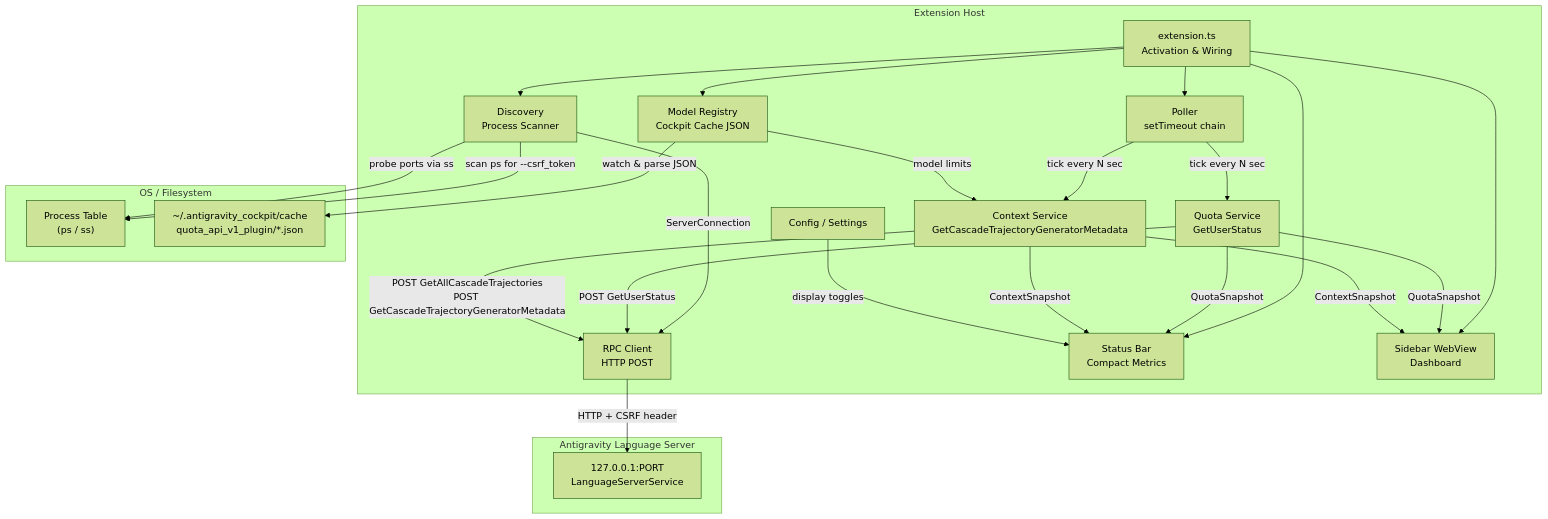
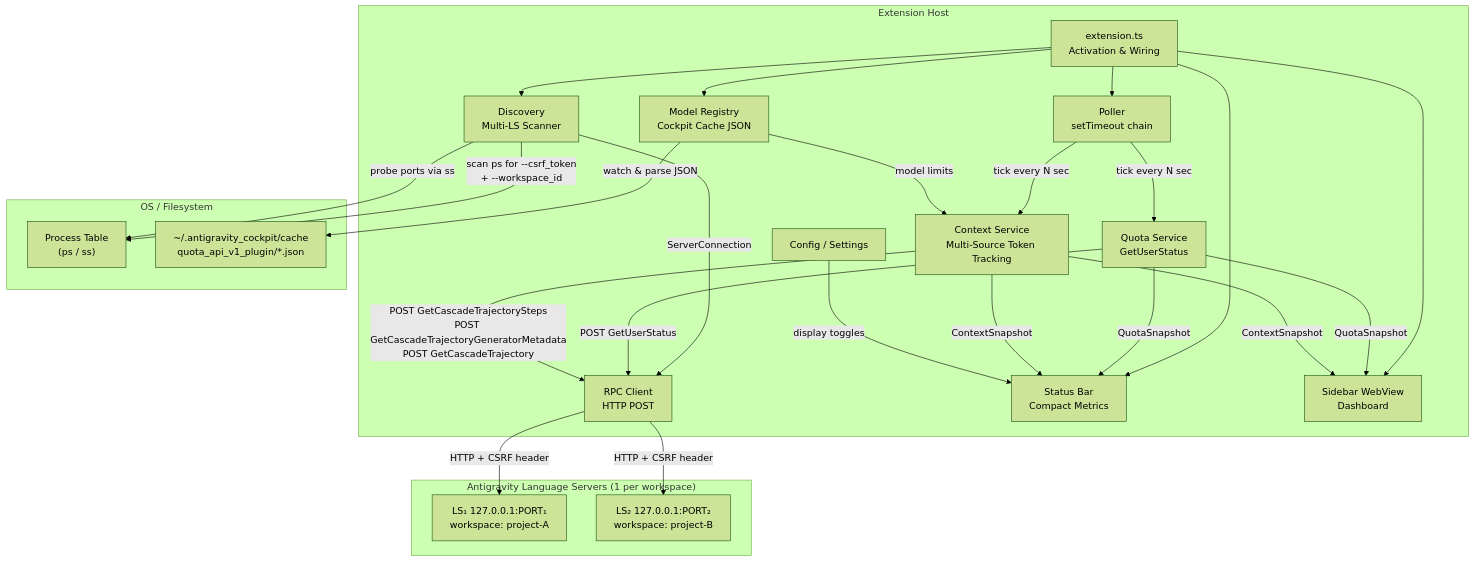
Before and after one commit to jetnet/ag-engineer: the first of 3 diagrams in ARCHITECTURE.md, drawn with Mermaid (forest theme). The commit also changed other lines of this file and 4 other files, not shown here.

First line of the commit message:
v0.3.0: multi-source token tracking, multi-LS discovery

````diff
--- a/ARCHITECTURE.md
+++ b/ARCHITECTURE.md
@@ -9,50 +9,52 @@
 ```mermaid
 graph TB
     subgraph Extension Host
         EXT[extension.ts<br/>Activation & Wiring]
         POLL[Poller<br/>setTimeout chain]
-        DISC[Discovery<br/>Process Scanner]
+        DISC[Discovery<br/>Multi-LS Scanner]
         RPC[RPC Client<br/>HTTP POST]
         QS[Quota Service<br/>GetUserStatus]
-        CS[Context Service<br/>GetCascadeTrajectoryGeneratorMetadata]
+        CS[Context Service<br/>Multi-Source Token Tracking]
         MR[Model Registry<br/>Cockpit Cache JSON]
         SB[Status Bar<br/>Compact Metrics]
         SIDE[Sidebar WebView<br/>Dashboard]
         CFG[Config / Settings]
     end
 
-    subgraph Antigravity Language Server
-        LS["127.0.0.1:PORT<br/>LanguageServerService"]
+    subgraph "Antigravity Language Servers (1 per workspace)"
+        LS1["LS₁ 127.0.0.1:PORT₁<br/>workspace: project-A"]
+        LS2["LS₂ 127.0.0.1:PORT₂<br/>workspace: project-B"]
     end
 
     subgraph OS / Filesystem
         PS["Process Table<br/>(ps / ss)"]
         CACHE["~/.antigravity_cockpit/cache<br/>quota_api_v1_plugin/*.json"]
     end
 
     EXT --> POLL
     EXT --> DISC
     EXT --> MR
     EXT --> SB
     EXT --> SIDE
 
-    DISC -->|"scan ps for --csrf_token"| PS
+    DISC -->|"scan ps for --csrf_token<br/>+ --workspace_id"| PS
     DISC -->|"probe ports via ss"| PS
     DISC -->|ServerConnection| RPC
 
     POLL -->|tick every N sec| QS
     POLL -->|tick every N sec| CS
 
     QS -->|"POST GetUserStatus"| RPC
-    CS -->|"POST GetAllCascadeTrajectories<br/>POST GetCascadeTrajectoryGeneratorMetadata"| RPC
-    RPC -->|"HTTP + CSRF header"| LS
+    CS -->|"POST GetCascadeTrajectorySteps<br/>POST GetCascadeTrajectoryGeneratorMetadata<br/>POST GetCascadeTrajectory"| RPC
+    RPC -->|"HTTP + CSRF header"| LS1
+    RPC -->|"HTTP + CSRF header"| LS2
     MR -->|"watch & parse JSON"| CACHE
 
     QS -->|QuotaSnapshot| SB
     QS -->|QuotaSnapshot| SIDE
     CS -->|ContextSnapshot| SB
     CS -->|ContextSnapshot| SIDE
     MR -->|model limits| CS
 
     CFG -->|display toggles| SB
 ```
````
